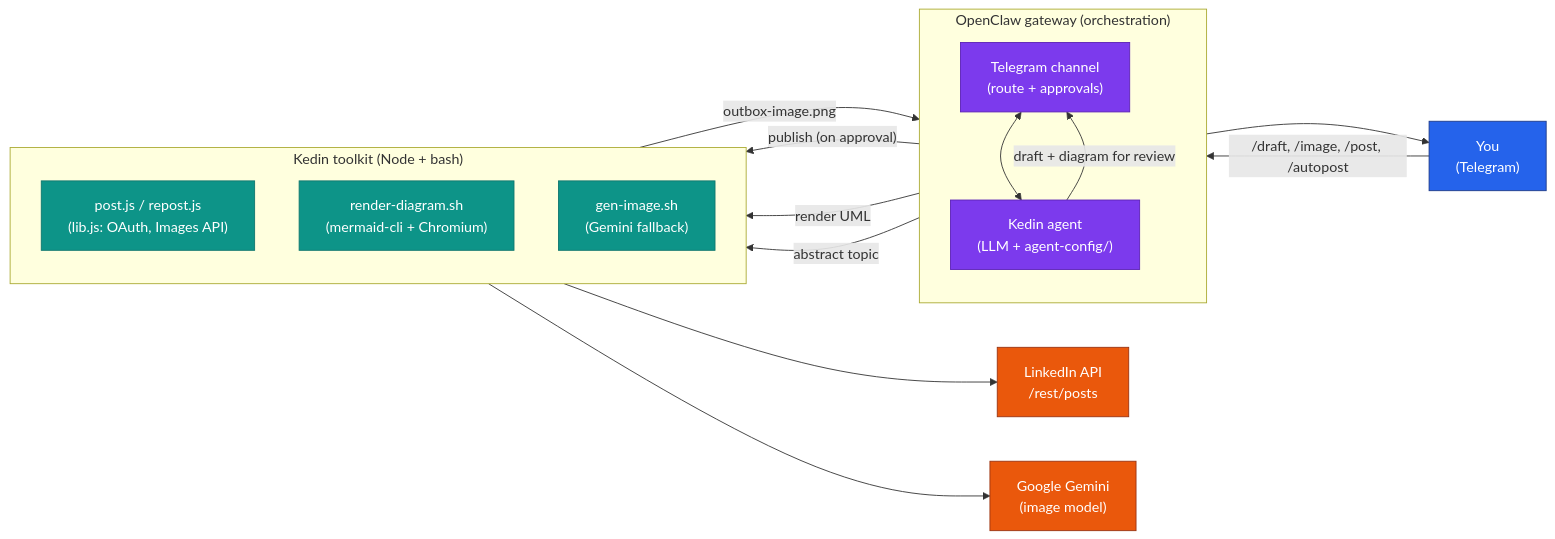
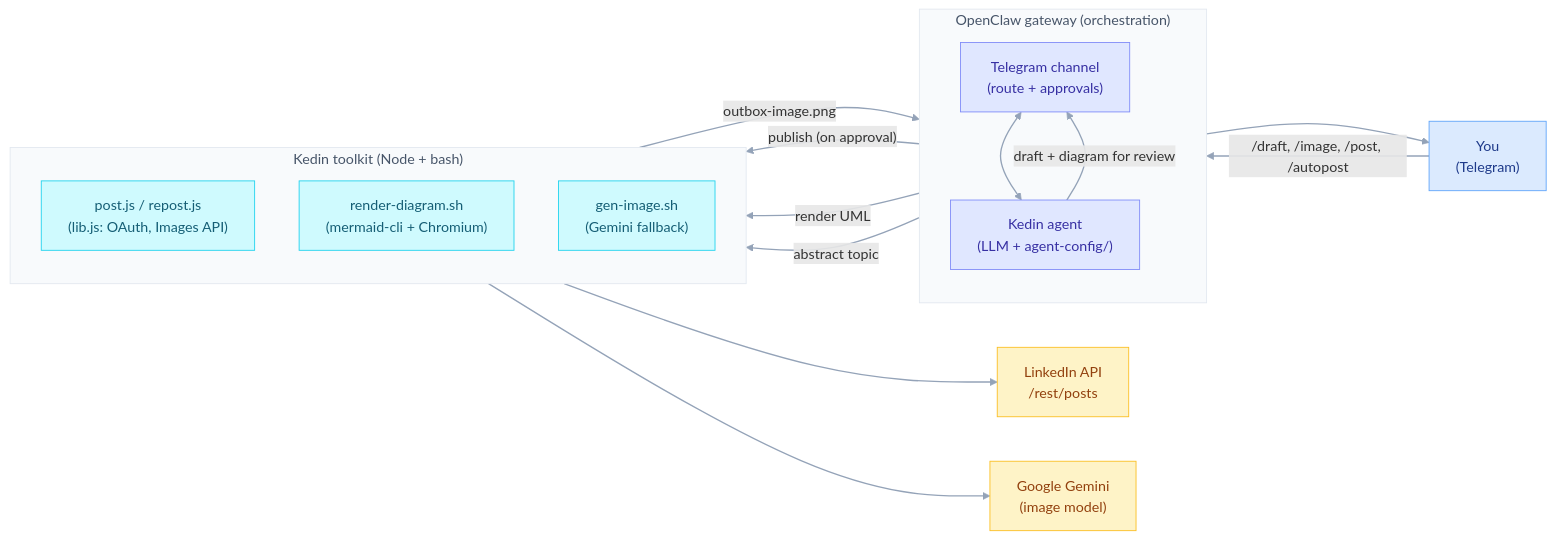
The diagram in README.md (mairp/kedin), drawn with Mermaid before and after one commit.

Commit message:
Refine architecture diagram palette (soft, harmonious tones)
Light pastel cool palette (blue/indigo/cyan) with one warm amber accent,
neutral subgraph backgrounds, and muted edges — easier on the eyes than the
previous saturated boxes.

````diff
--- a/README.md
+++ b/README.md
@@ -38,33 +38,38 @@
 ```mermaid
 flowchart LR
     U["You<br/>(Telegram)"]:::user
 
     subgraph OC["OpenClaw gateway (orchestration)"]
         direction TB
         CH["Telegram channel<br/>(route + approvals)"]:::oc
         AG["Kedin agent<br/>(LLM + agent-config/)"]:::oc
         CH <--> AG
     end
 
     subgraph TK["Kedin toolkit (Node + bash)"]
         direction TB
         POST["post.js / repost.js<br/>(lib.js: OAuth, Images API)"]:::tool
         REND["render-diagram.sh<br/>(mermaid-cli + Chromium)"]:::tool
         GEN["gen-image.sh<br/>(Gemini fallback)"]:::tool
     end
 
     LI["LinkedIn API<br/>/rest/posts"]:::ext
     GG["Google Gemini<br/>(image model)"]:::ext
 
     U -- "/draft, /image, /post, /autopost" --> CH
     AG -- "draft + diagram for review" --> CH --> U
     AG -- "publish (on approval)" --> POST --> LI
     AG -- "render UML" --> REND
     AG -- "abstract topic" --> GEN --> GG
     REND -- "outbox-image.png" --> AG
 
-    classDef user fill:#2563eb,stroke:#1e3a8a,color:#fff
-    classDef oc fill:#7c3aed,stroke:#5b21b6,color:#fff
-    classDef tool fill:#0d9488,stroke:#0f766e,color:#fff
-    classDef ext fill:#ea580c,stroke:#9a3412,color:#fff
+    %% Harmonious soft palette: cool blue → indigo → teal, with one warm amber accent; dark legible text.
+    classDef user fill:#dbeafe,stroke:#60a5fa,color:#1e3a8a
+    classDef oc   fill:#e0e7ff,stroke:#818cf8,color:#3730a3
+    classDef tool fill:#cffafe,stroke:#22d3ee,color:#155e75
+    classDef ext  fill:#fef3c7,stroke:#fbbf24,color:#92400e
+
+    style OC fill:#f8fafc,stroke:#e2e8f0,color:#475569
+    style TK fill:#f8fafc,stroke:#e2e8f0,color:#475569
+    linkStyle default stroke:#94a3b8,stroke-width:1.5px
 ```
````
